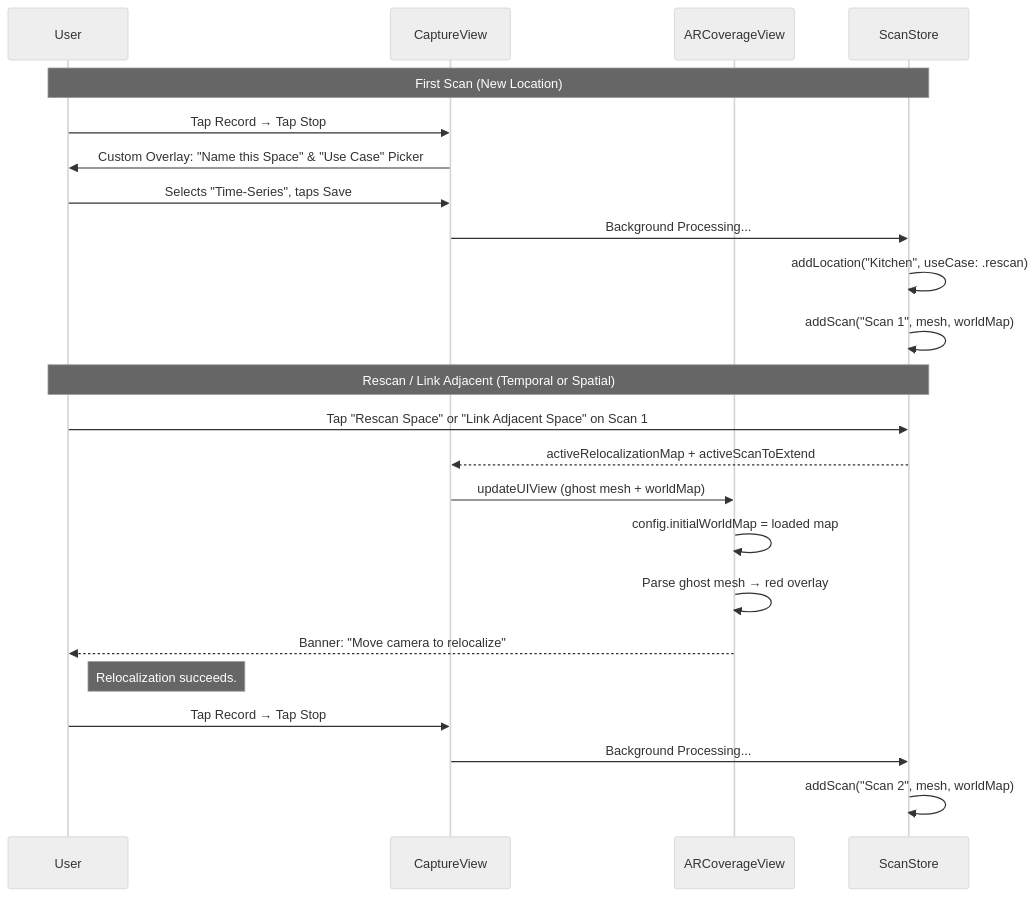
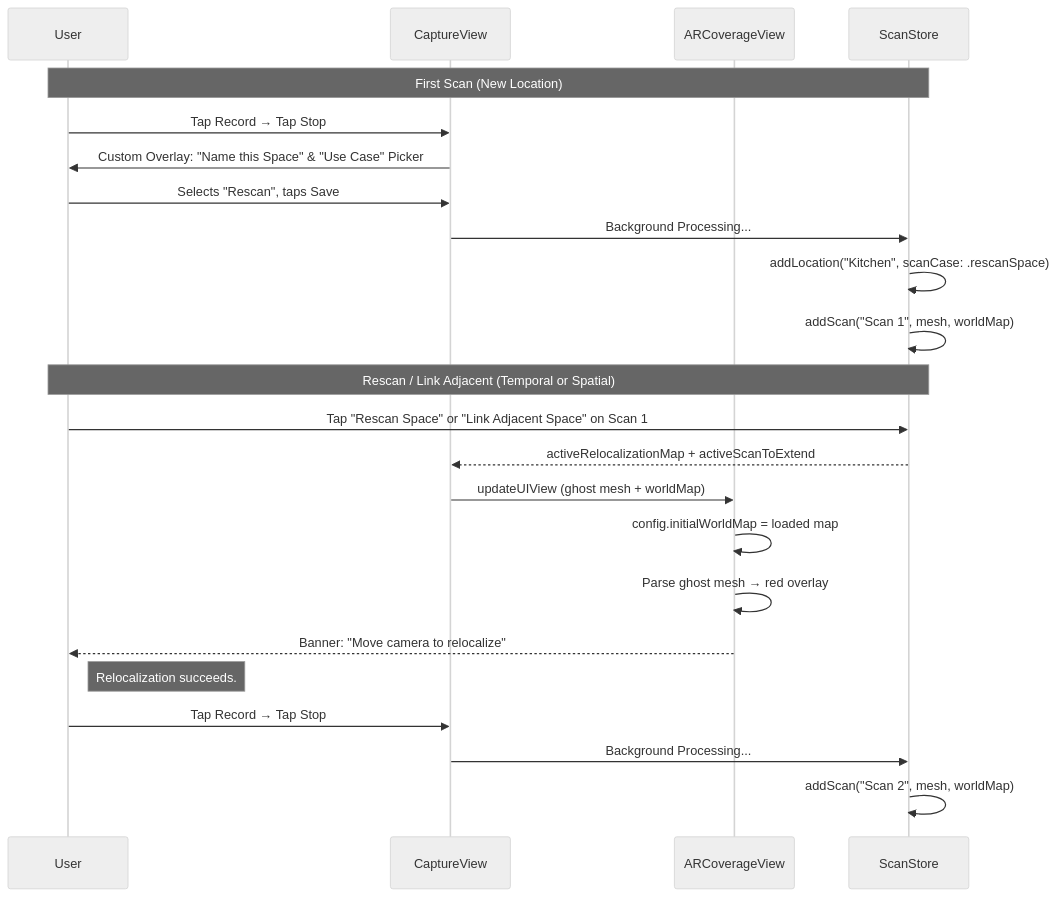
One commit to WiseLabCMU/wisescan-ios changed the fourth of 6 diagrams in REQUIREMENTS.md. Above: the diagram before and after it, drawn with Mermaid (neutral theme). The commit also changed 3 other files, not shown here.

First line of the commit message:
docs: document stitching.json schema + complete the AGENTS index

````diff
--- a/REQUIREMENTS.md
+++ b/REQUIREMENTS.md
@@ -253,27 +253,27 @@
 ```mermaid
 sequenceDiagram
     participant U as User
     participant Cap as CaptureView
     participant AR as ARCoverageView
     participant SS as ScanStore
 
     Note over U,SS: First Scan (New Location)
     U->>Cap: Tap Record → Tap Stop
     Cap->>U: Custom Overlay: "Name this Space" & "Use Case" Picker
-    U->>Cap: Selects "Time-Series", taps Save
+    U->>Cap: Selects "Rescan", taps Save
     Cap->>SS: Background Processing...
-    SS->>SS: addLocation("Kitchen", useCase: .rescan)
+    SS->>SS: addLocation("Kitchen", scanCase: .rescanSpace)
     SS->>SS: addScan("Scan 1", mesh, worldMap)
 
     Note over U,SS: Rescan / Link Adjacent (Temporal or Spatial)
     U->>SS: Tap "Rescan Space" or "Link Adjacent Space" on Scan 1
     SS-->>Cap: activeRelocalizationMap + activeScanToExtend
     Cap->>AR: updateUIView (ghost mesh + worldMap)
     AR->>AR: config.initialWorldMap = loaded map
     AR->>AR: Parse ghost mesh → red overlay
     AR-->>U: Banner: "Move camera to relocalize"
     Note right of U: Relocalization succeeds.
     U->>Cap: Tap Record → Tap Stop
     Cap->>SS: Background Processing...
     SS->>SS: addScan("Scan 2", mesh, worldMap)
 ```
````
